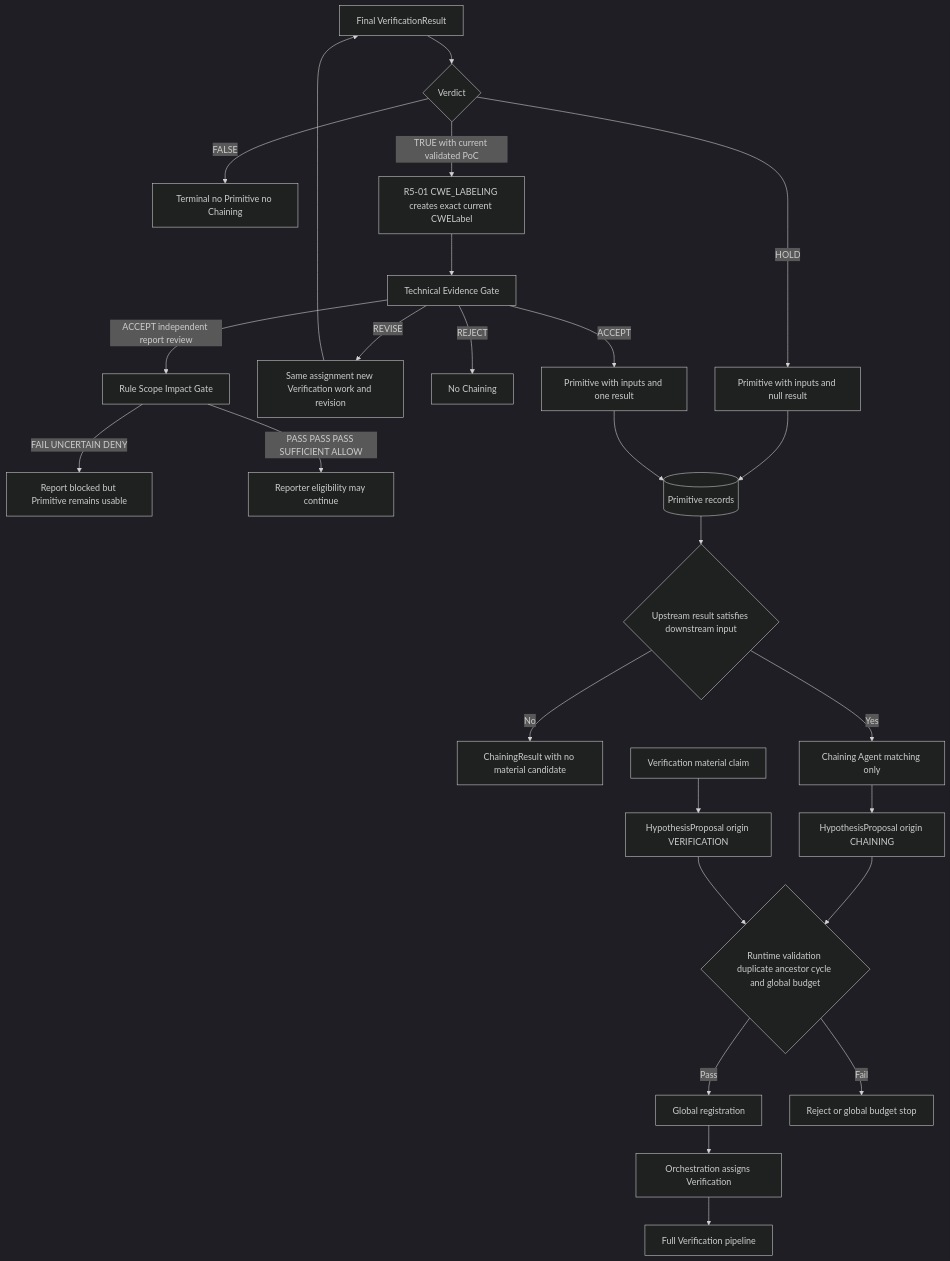
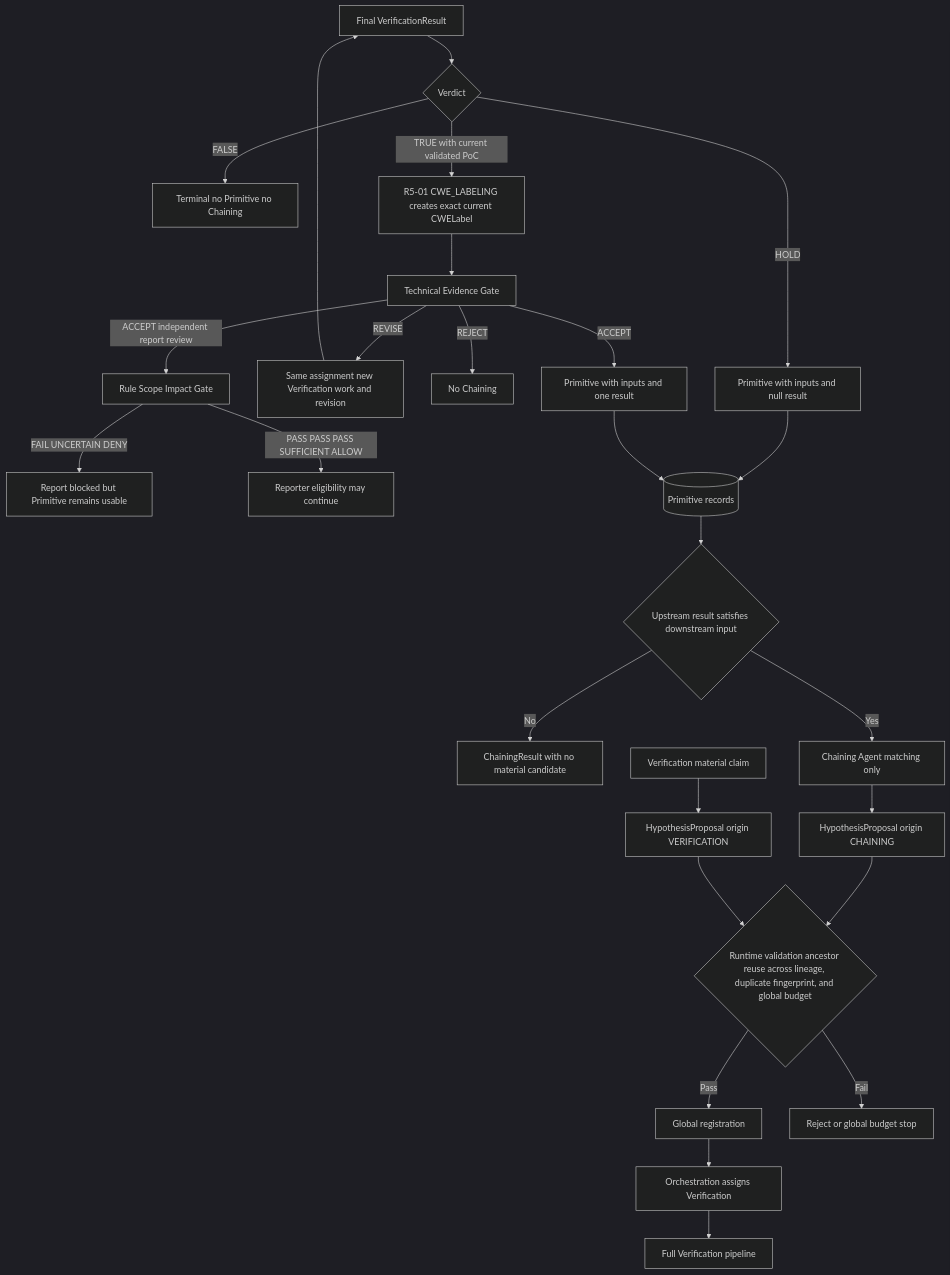
One commit to SASTsimi/sastsimi changed the fifth of 13 diagrams in docs/architecture-v5/13-architecture-diagrams.md. Above: the diagram before and after it, drawn with Mermaid (dark theme). The commit also changed 9 other files, not shown here.

First line of the commit message:
docs: clarify ancestor-reuse exclusion is not cycle prevention

````diff
--- a/docs/architecture-v5/13-architecture-diagrams.md
+++ b/docs/architecture-v5/13-architecture-diagrams.md
@@ -211,28 +211,28 @@
 ```mermaid
 flowchart TB
     VR[Final VerificationResult] --> KIND{Verdict}
     KIND -->|FALSE| CLOSED[Terminal no Primitive no Chaining]
     KIND -->|HOLD| REQUIRED[Primitive with inputs and null result]
     KIND -->|TRUE with current validated PoC| CWE[R5-01 CWE_LABELING creates exact current CWELabel]
     CWE --> TECH[Technical Evidence Gate]
     TECH -->|REVISE| SAME[Same assignment new Verification work and revision]
     SAME --> VR
     TECH -->|REJECT| NOCHAIN[No Chaining]
     TECH -->|ACCEPT| PROVIDED[Primitive with inputs and one result]
     TECH -->|ACCEPT independent report review| RULE[Rule Scope Impact Gate]
     RULE -->|FAIL UNCERTAIN DENY| REPORTBLOCK[Report blocked but Primitive remains usable]
     RULE -->|PASS PASS PASS SUFFICIENT ALLOW| REPORTOK[Reporter eligibility may continue]
     REQUIRED --> PDB[(Primitive records)]
     PROVIDED --> PDB
     PDB --> MATCH{Upstream result satisfies downstream input}
     MATCH -->|No| RECORD[ChainingResult with no material candidate]
     MATCH -->|Yes| CHAIN[Chaining Agent matching only]
     CHAIN --> NEW[HypothesisProposal origin CHAINING]
-    NEW --> LIMIT{Runtime validation duplicate ancestor cycle and global budget}
+    NEW --> LIMIT{Runtime validation ancestor reuse across lineage, duplicate fingerprint, and global budget}
     LIMIT -->|Pass| REGISTER[Global registration]
     LIMIT -->|Fail| STOP[Reject or global budget stop]
     REGISTER --> ORCH[Orchestration assigns Verification]
     ORCH --> VERIFY[Full Verification pipeline]
     VMAT[Verification material claim] --> VNEW[HypothesisProposal origin VERIFICATION]
     VNEW --> LIMIT
 ```
````
